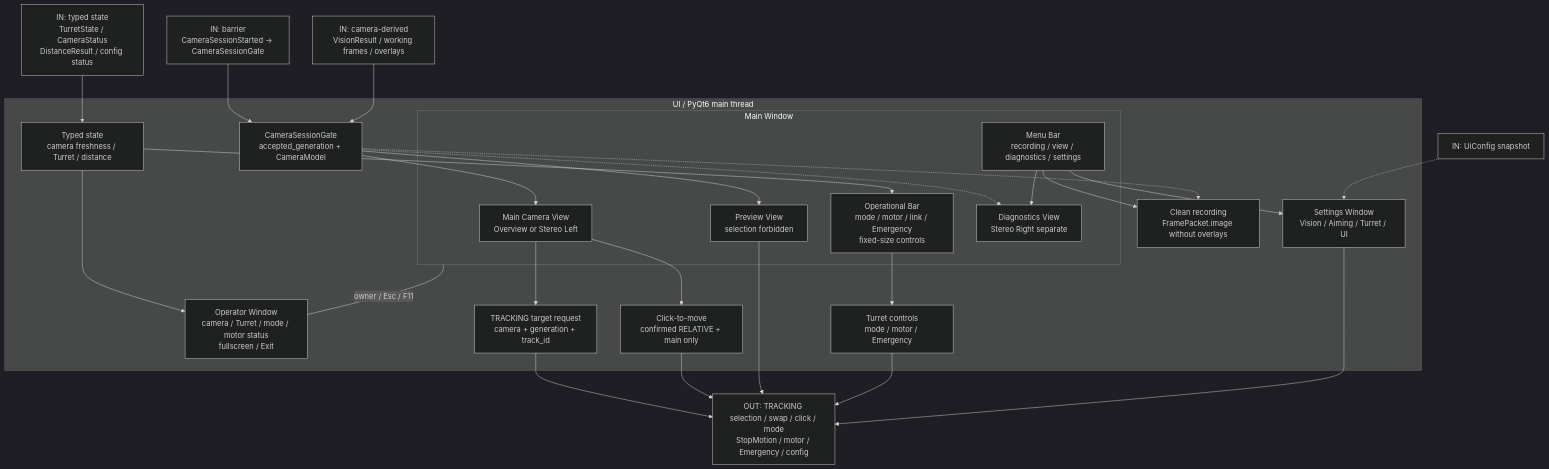
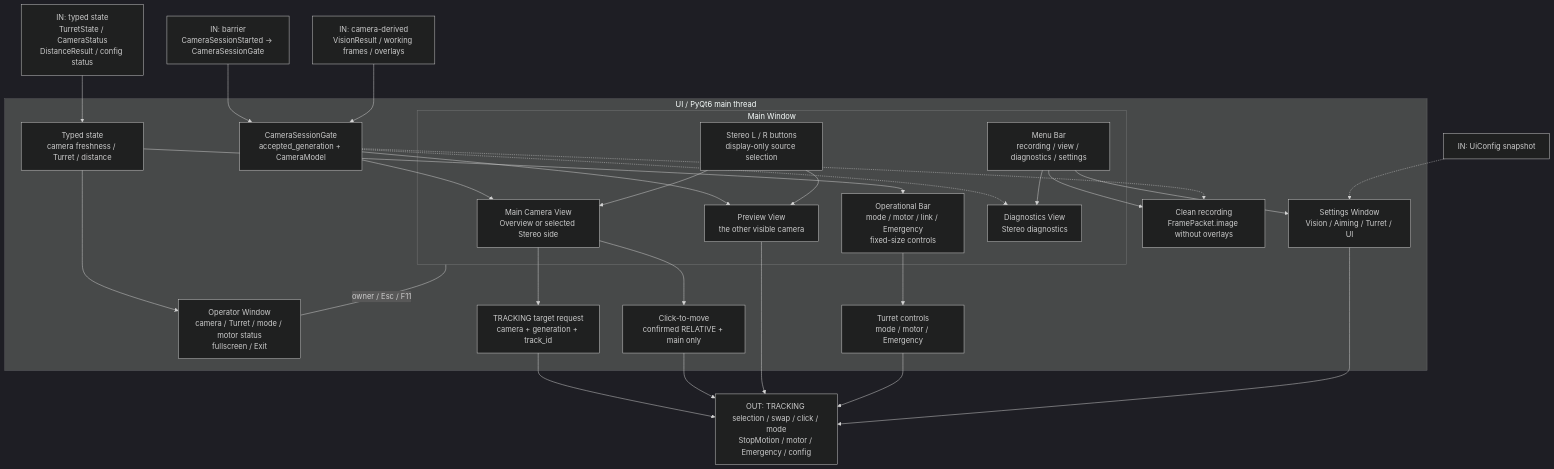
One commit to BelkaT4/navmin changed the diagram in docs/dev/diagrams/ui-diagram.mmd. Above: the diagram before and after it, drawn with Mermaid (dark theme). The commit also changed 31 other files, not shown here.

```diff
--- a/docs/dev/diagrams/ui-diagram.mmd
+++ b/docs/dev/diagrams/ui-diagram.mmd
@@ -1,54 +1,57 @@
 flowchart TB
   flag_vision_in["IN: camera-derived<br/>VisionResult / working frames / overlays"]
   flag_session_in["IN: barrier<br/>CameraSessionStarted → CameraSessionGate"]
   flag_state_in["IN: typed state<br/>TurretState / CameraStatus<br/>DistanceResult / config status"]
   flag_core_out["OUT: TRACKING selection / swap / click / mode<br/>StopMotion / motor / Emergency / config"]
   flag_config_in["IN: UiConfig snapshot"]
 
   subgraph ui["UI / PyQt6 main thread"]
     session_gate["CameraSessionGate<br/>accepted_generation + CameraModel"]
 
     subgraph main_window["Main Window"]
-      main_view["Main Camera View<br/>Overview or Stereo Left"]
-      preview_view["Preview View<br/>selection forbidden"]
+      main_view["Main Camera View<br/>Overview or selected Stereo side"]
+      preview_view["Preview View<br/>the other visible camera"]
+      stereo_display_selector["Stereo L / R buttons<br/>display-only source selection"]
       top_bar["Menu Bar<br/>recording / view / diagnostics / settings"]
       bottom_bar["Operational Bar<br/>mode / motor / link / Emergency<br/>fixed-size controls"]
-      diagnostics["Diagnostics View<br/>Stereo Right separate"]
+      diagnostics["Diagnostics View<br/>Stereo diagnostics"]
     end
 
     settings["Settings Window<br/>Vision / Aiming / Turret / UI"]
     operator_window["Operator Window<br/>camera / Turret / mode / motor status<br/>fullscreen / Exit"]
     selection["TRACKING target request<br/>camera + generation + track_id"]
     click_move["Click-to-move<br/>confirmed RELATIVE + main only"]
     turret_controls["Turret controls<br/>mode / motor / Emergency"]
     recording["Clean recording<br/>FramePacket.image without overlays"]
     state_view["Typed state<br/>camera freshness / Turret / distance"]
   end
 
   flag_session_in --> session_gate
   flag_vision_in --> session_gate
   session_gate --> main_view
   session_gate --> preview_view
+  stereo_display_selector --> main_view
+  stereo_display_selector --> preview_view
   session_gate -.-> diagnostics
   session_gate -.-> recording
   flag_state_in --> state_view
   state_view --> operator_window
   main_window ---|"owner / Esc / F11"| operator_window
 
   main_view --> selection
   main_view --> click_move
   selection --> flag_core_out
   click_move --> flag_core_out
 
   preview_view --> flag_core_out
   top_bar --> settings
   top_bar --> diagnostics
   top_bar --> recording
   bottom_bar --> turret_controls
   turret_controls --> flag_core_out
   settings --> flag_core_out
   flag_config_in -.-> settings
   state_view --> bottom_bar
-%% graph:positions {"ui":{"x":130,"y":110,"w":1100,"h":900},"main_window":{"x":157,"y":190,"w":726,"h":354},"flag_vision_in":{"x":456,"y":-36},"flag_session_in":{"x":664,"y":-36},"flag_state_in":{"x":1284,"y":401,"w":160,"h":93},"flag_core_out":{"x":624,"y":1092,"w":160,"h":114},"flag_config_in":{"x":1284,"y":732},"session_gate":{"x":430,"y":70},"main_view":{"x":273,"y":36},"preview_view":{"x":485,"y":36},"top_bar":{"x":529,"y":252},"bottom_bar":{"x":529,"y":120},"diagnostics":{"x":69,"y":36},"settings":{"x":854,"y":622},"operator_window":{"x":886,"y":86,"w":220,"h":96},"selection":{"x":110,"y":598,"w":160,"h":78},"click_move":{"x":302,"y":622},"turret_controls":{"x":486,"y":598,"w":160,"h":78},"recording":{"x":166,"y":70},"state_view":{"x":914,"y":310}}
+%% graph:positions {"ui":{"x":130,"y":110,"w":1100,"h":900},"main_window":{"x":157,"y":190,"w":726,"h":354},"flag_vision_in":{"x":456,"y":-36},"flag_session_in":{"x":664,"y":-36},"flag_state_in":{"x":1284,"y":401,"w":160,"h":93},"flag_core_out":{"x":624,"y":1092,"w":160,"h":114},"flag_config_in":{"x":1284,"y":732},"session_gate":{"x":430,"y":70},"main_view":{"x":273,"y":36},"preview_view":{"x":485,"y":36},"stereo_display_selector":{"x":485,"y":119},"top_bar":{"x":529,"y":252},"bottom_bar":{"x":529,"y":120},"diagnostics":{"x":69,"y":36},"settings":{"x":854,"y":622},"operator_window":{"x":886,"y":86,"w":220,"h":96},"selection":{"x":110,"y":598,"w":160,"h":78},"click_move":{"x":302,"y":622},"turret_controls":{"x":486,"y":598,"w":160,"h":78},"recording":{"x":166,"y":70},"state_view":{"x":914,"y":310}}
 %% graph:edges {"flag_session_in>session_gate":{"label":[60,-10]},"flag_vision_in>session_gate":{"label":[70,20]},"session_gate>main_view":{"label":[-20,-20]},"session_gate>preview_view":{"label":[25,-20]},"flag_state_in>state_view":{"label":[60,5]},"state_view>operator_window":{"label":[55,-15]},"main_window>operator_window":{"label":[42,-20]},"main_view>selection":{"label":[-30,55]},"main_view>click_move":{"label":[15,65]},"selection>flag_core_out":{"label":[80,10]},"click_move>flag_core_out":{"label":[70,25]},"turret_controls>flag_core_out":{"label":[45,-25]},"settings>flag_core_out":{"label":[85,45]}}
 %% graph:waypoints {"main_view>selection":[[346,428]],"selection>flag_core_out":[[320,847]],"click_move>flag_core_out":[[512,828]],"settings>flag_core_out":[[1064,867]]}
```
